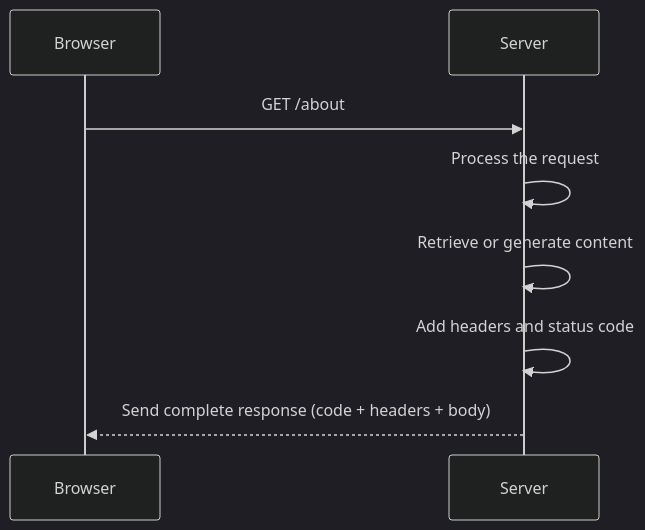
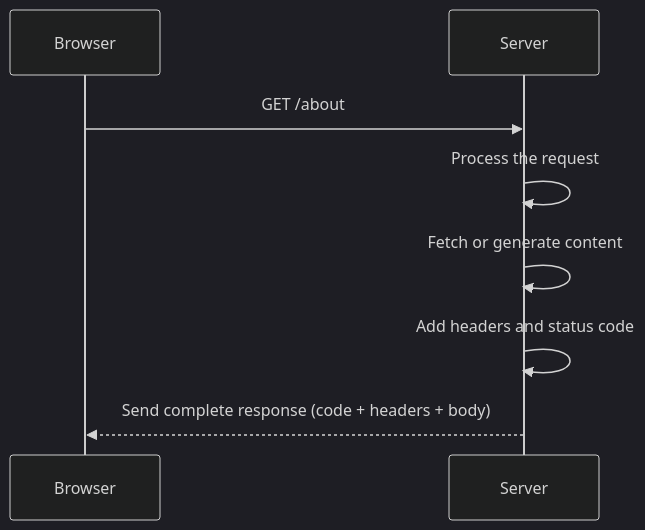
One commit to breatheco-de/mastering-web-dynamics-from-HTTP-to-real-time changed the diagram in lessons/response-to-the-client.md. Above: the diagram before and after it, drawn with Mermaid (dark theme). The commit also changed other lines of this file and 13 other files, not shown here.

````diff
--- a/lessons/response-to-the-client.md
+++ b/lessons/response-to-the-client.md
@@ -54,11 +68,11 @@
 ```mermaid
 sequenceDiagram
         participant Browser
         participant Server
 
         Browser->>Server: GET /about
         Server->>Server: Process the request
-        Server->>Server: Retrieve or generate content
+        Server->>Server: Fetch or generate content
         Server->>Server: Add headers and status code
         Server-->>Browser: Send complete response (code + headers + body)
 ```
````
